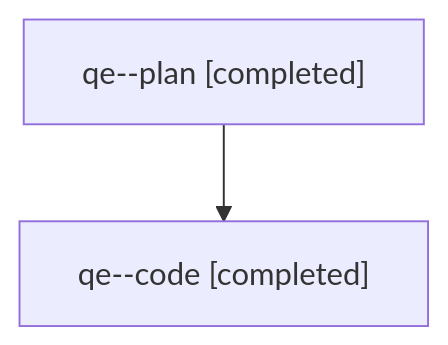
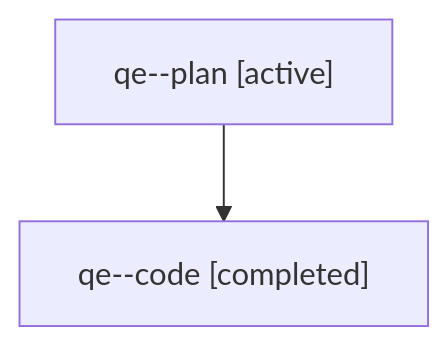
One commit to sase-org/sase--agents changed the diagram in families/bbugyi200.athena.qe.md. Above: the diagram before and after it, drawn with Mermaid. The commit also changed other lines of this file and 5813 other files, not shown here.

````diff
--- a/families/bbugyi200.athena.qe.md
+++ b/families/bbugyi200.athena.qe.md
@@ -9,6 +9,6 @@
 ```mermaid
 flowchart TD
-  n0["qe--plan [completed]"]
+  n0["qe--plan [active]"]
   n1["qe--code [completed]"]
   n0 --> n1
 ```
````
